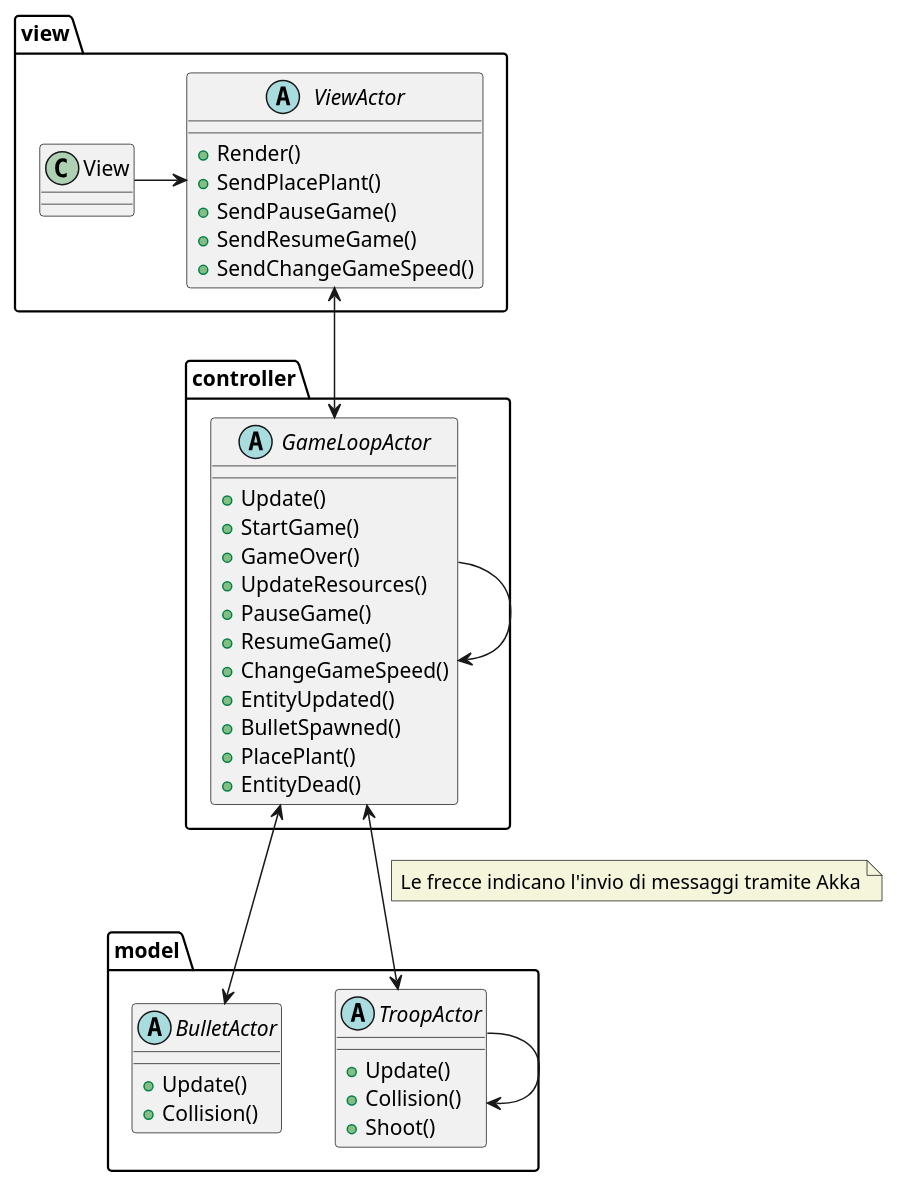
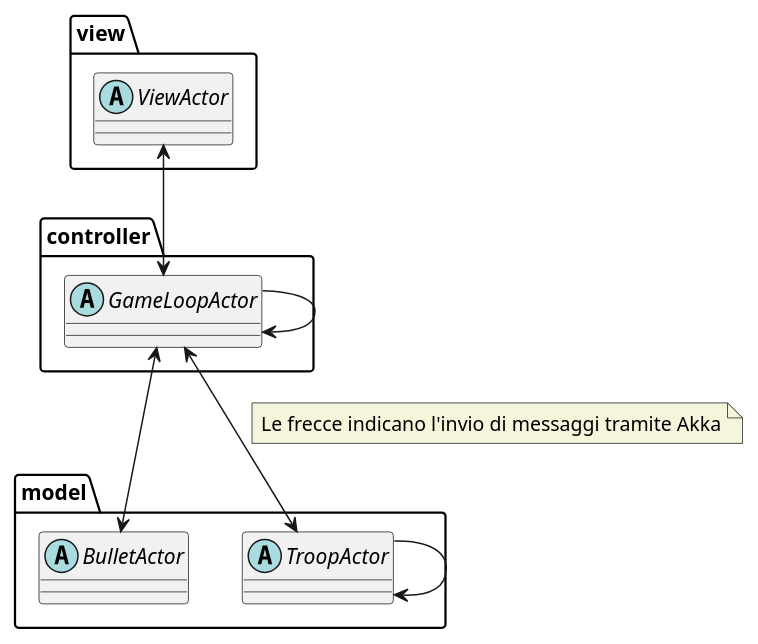
One commit to PaoloPenazzi/pps-pvzlike changed the diagram in doc/diagrams/Actors.puml. Above: the diagram before and after it, drawn with PlantUML. The commit also changed 6 other files, not shown here.

```diff
--- a/doc/diagrams/Actors.puml
+++ b/doc/diagrams/Actors.puml
@@ -1,55 +1,28 @@
 @startuml
 'https://plantuml.com/class-diagram
 
 package model{
-    abstract TroopActor{
-      +Update()
-      +Collision()
-      +Shoot()
-    }
-    abstract BulletActor{
-      +Update()
-      +Collision()
-    }
+    abstract TroopActor
+    abstract BulletActor
 }
 
 package view{
-    abstract ViewActor{
-      +Render()
-      +SendPlacePlant()
-      +SendPauseGame()
-      +SendResumeGame()
-      +SendChangeGameSpeed()
-    }
-    class View
+    abstract ViewActor
 }
 
 package controller{
-    abstract GameLoopActor{
-      +Update()
-      +StartGame()
-      +GameOver()
-      +UpdateResources()
-      +PauseGame()
-      +ResumeGame()
-      +ChangeGameSpeed()
-      +EntityUpdated()
-      +BulletSpawned()
-      +PlacePlant()
-      +EntityDead()
-    }
+    abstract GameLoopActor
 }
 
 GameLoopActor <-down-> TroopActor
 note on link #beige: Le frecce indicano l'invio di messaggi tramite Akka
 GameLoopActor <-left-> BulletActor
 GameLoopActor <-up-> ViewActor
 GameLoopActor --> GameLoopActor
 TroopActor --> TroopActor
-View -right-> ViewActor
 
 
 
 
 
 @enduml
```
